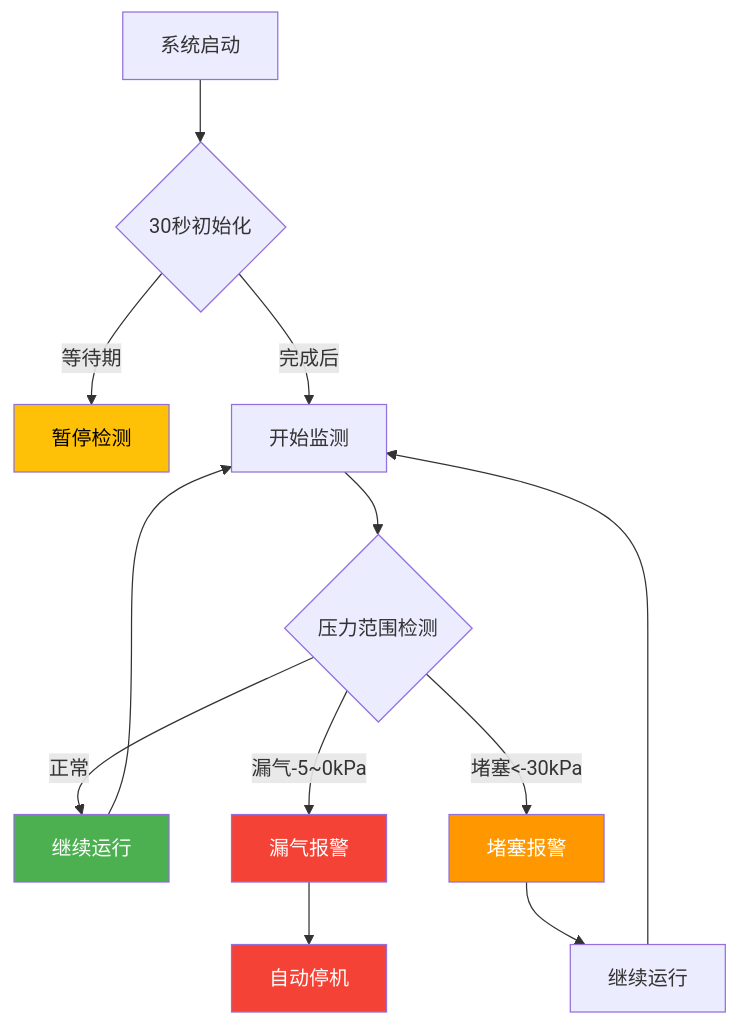
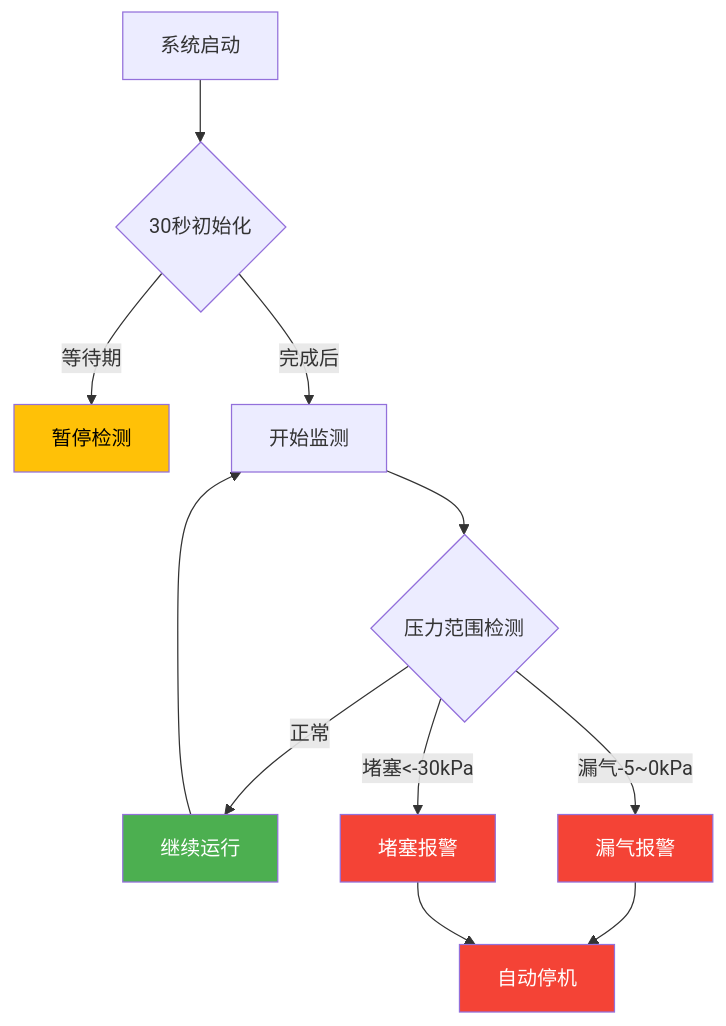
One commit to Owen1B/PressureCare changed the seventh of 8 diagrams in README.md. Above: the diagram before and after it, drawn with Mermaid. The commit also changed other lines of this file, not shown here.

Commit message:
更新README文档，调整管道堵塞响应动作和样式
- 将管道堵塞的响应动作由“仅报警提醒”更改为“报警+自动停机”
- 更新样式，使管道堵塞报警的颜色与自动停机一致，提升可读性

````diff
--- a/README.md
+++ b/README.md
@@ -226,22 +226,21 @@
 ```mermaid
 graph TB
     A[系统启动] --> B{30秒初始化}
     B -->|等待期| C[暂停检测]
     B -->|完成后| D[开始监测]
     
     D --> E{压力范围检测}
     E -->|正常| F[继续运行]
     E -->|漏气-5~0kPa| G[漏气报警]
     E -->|堵塞<-30kPa| H[堵塞报警]
     
     G --> I[自动停机]
-    H --> J[继续运行]
+    H --> I[自动停机]
     F --> D
-    J --> D
     
     style C fill:#FFC107,color:#000
     style F fill:#4CAF50,color:#fff
     style G fill:#F44336,color:#fff
-    style H fill:#FF9800,color:#fff
+    style H fill:#F44336,color:#fff
     style I fill:#F44336,color:#fff
 ```
````
